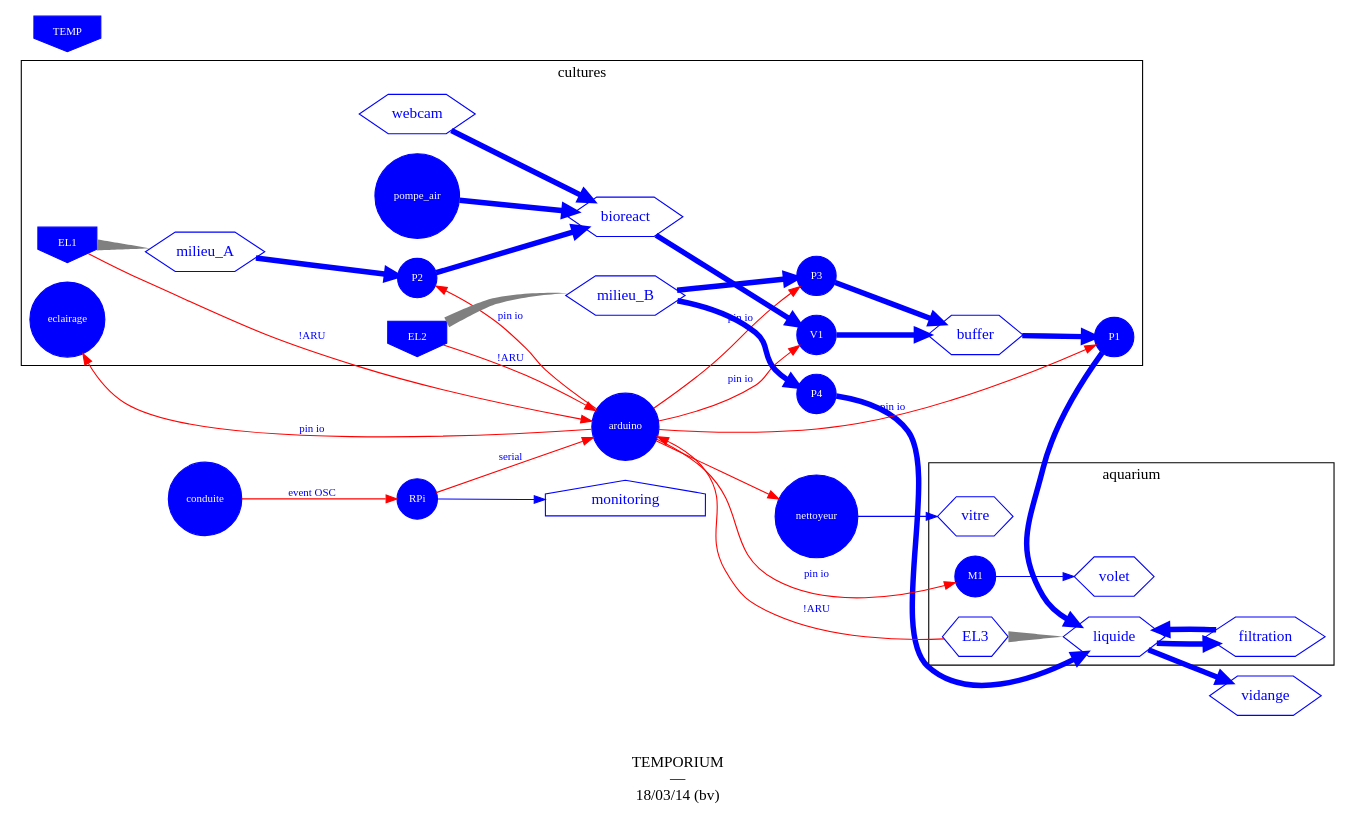
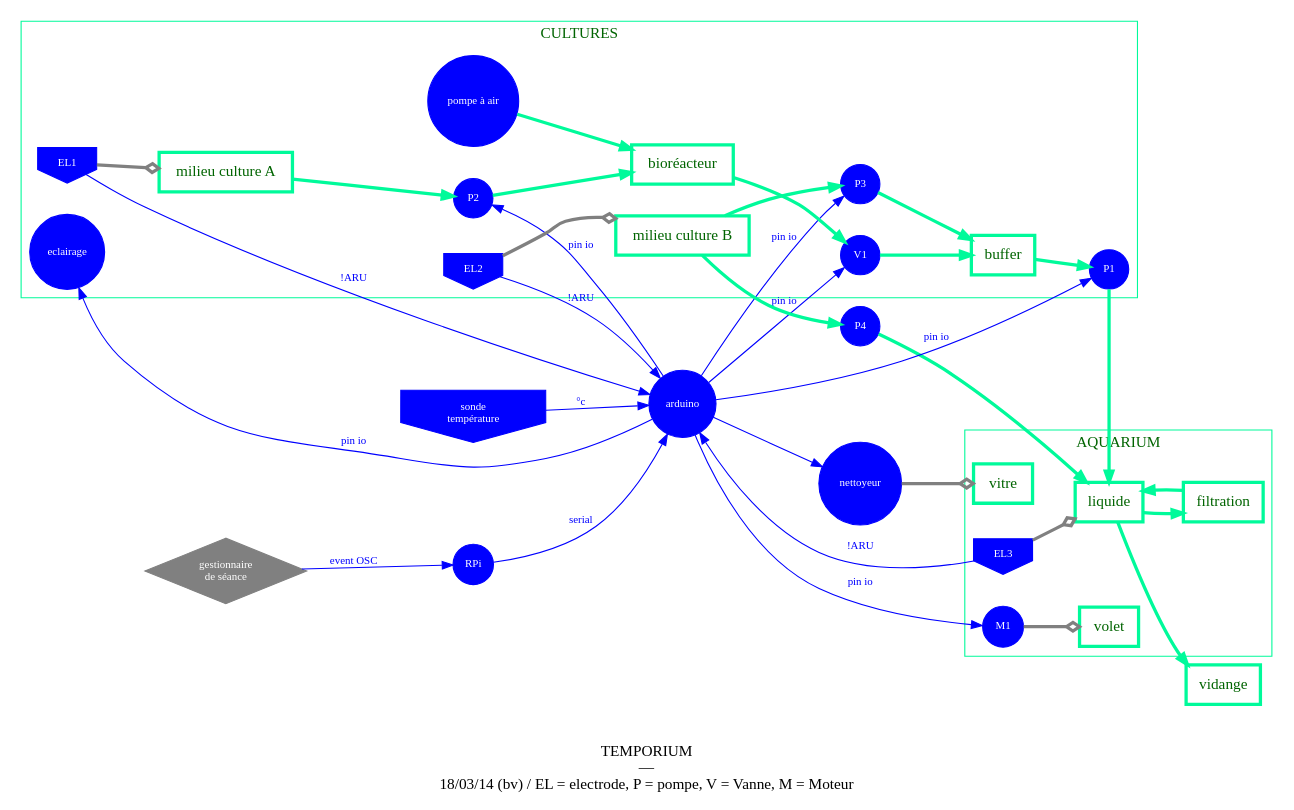
The diagram in doc/life_contoller.dot (dcfvg/temporium), drawn with Graphviz before and after one commit.

Commit message:
updt graph

```diff
--- a/doc/life_contoller.dot
+++ b/doc/life_contoller.dot
@@ -1,112 +1,113 @@
 digraph {
-  label="\n\nTEMPORIUM\n—\n18/03/14 (bv)"
+  label="\n\nTEMPORIUM\n—\n18/03/14 (bv) / EL = electrode, P = pompe, V = Vanne, M = Moteur"
   
   rankdir="LR"
-  //nodesep = .9
-  
-  layout=dot
+  nodesep = .4
+ 
+	layout=dot
   
   fontsize=14
   fontname="myriadpro"
   
   node[fontsize=14, fontname="myriadpro", fontcolor=blue, color=blue, shape=house]
   edge[fontsize=10, fontname="monaco", color=blue]
   
   subgraph tempo {
-   
+   	color=mediumspringgreen
+  	fontcolor=darkgreen
     subgraph device {
       
       node[shape=circle, fontsize=10, style="filled", color=blue, fontcolor=white]
       
       P1 P2 P3 P4 V1 M1
       pompe_air
       arduino
       RPi
       nettoyeur
-      conduite
+      conduite [color=grey, shape=diamond, label="gestionnaire\nde séance"]
       eclairage
-      
-      
+
       subgraph sensor{
         node[shape=invhouse]
 
         EL1 
         EL2
-        TEMP
+				EL3
+        temp
       }
     }
     subgraph organs {
       
-      node[shape=hexagon]
-    
+      node[shape=box, color=mediumspringgreen, fontcolor=darkgreen, penwidth=3]
+			
       subgraph cluster_bioreact {
-        label="cultures"
-        webcam
+        label="CULTURES"
+
         bioreact
         buffer
         milieu_A
         milieu_B
         P1 P2 P3 V1 EL2 EL1
         pompe_air
         eclairage
       }
-
-      
       subgraph cluster_aquarium {
       
-        label="aquarium"
+        label="AQUARIUM"
         
         vitre
         volet
         liquide
         filtration
         M1
         EL3
       }
       buffer
       vidange
     }
     
 
     // RELATIONS
     
     subgraph orders {
-      edge[color=red, fontcolor=blue]
+      edge[color=blue, fontcolor=blue]
       
       conduite -> RPi [label=" event OSC"]
       RPi -> arduino [label=" serial"]
       arduino  -> nettoyeur
       arduino -> {P1, P2, P3, V1, M1, eclairage} [label=" pin io"]
       
       EL1 -> arduino      [label=" !ARU"]
       EL2 -> arduino      [label=" !ARU"]
       EL3 -> arduino      [label=" !ARU"]
-      
+      temp -> arduino			[label="°c"]
+
     }
     subgraph contact {
-      
-      edge[style=tapered, arrowtail=none, arrowhead=none, penwidth=10, color=grey]
+      edge[arrowhead = ediamond, penwidth=3, color=grey]
       EL1 -> milieu_A
       EL2 -> milieu_B
-      EL3 -> liquide 
+      EL3 -> liquide
+	    nettoyeur -> vitre
+			M1 -> volet
     }
     subgraph fluid {
+      edge[penwidth=3, color=mediumspringgreen]
       
-      edge[penwidth=5]
-      bioreact -> V1 -> buffer ->  P1 -> liquide
+			bioreact -> V1 -> buffer ->  P1 -> liquide
       milieu_A -> P2 -> bioreact
       milieu_B -> P3 -> buffer
       liquide -> vidange
       pompe_air -> bioreact
       filtration -> liquide -> filtration
-      webcam -> { bioreact }
       milieu_B -> P4 -> liquide
     }
     
-    nettoyeur -> vitre
-    M1 -> volet
-    RPi -> monitoring 
-    
 	}
-
+	
+	temp 		 [label="sonde\ntempérature"]
+	milieu_B [label="milieu culture B"]
+	milieu_A [label="milieu culture A"]
+	bioreact [label="bioréacteur"]
+	pompe_air[label="pompe à air"]
 }
```
